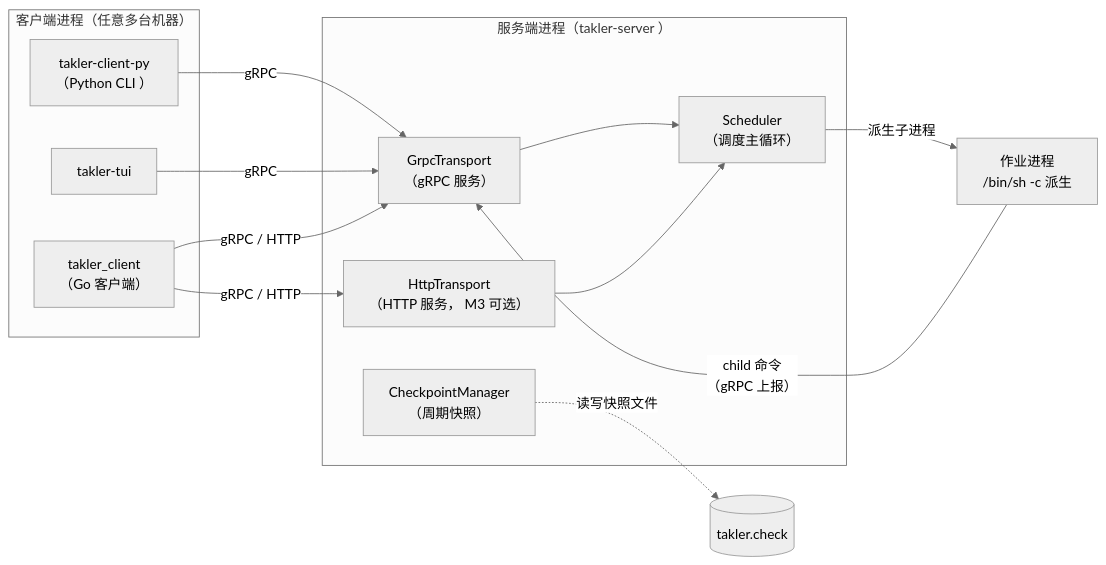
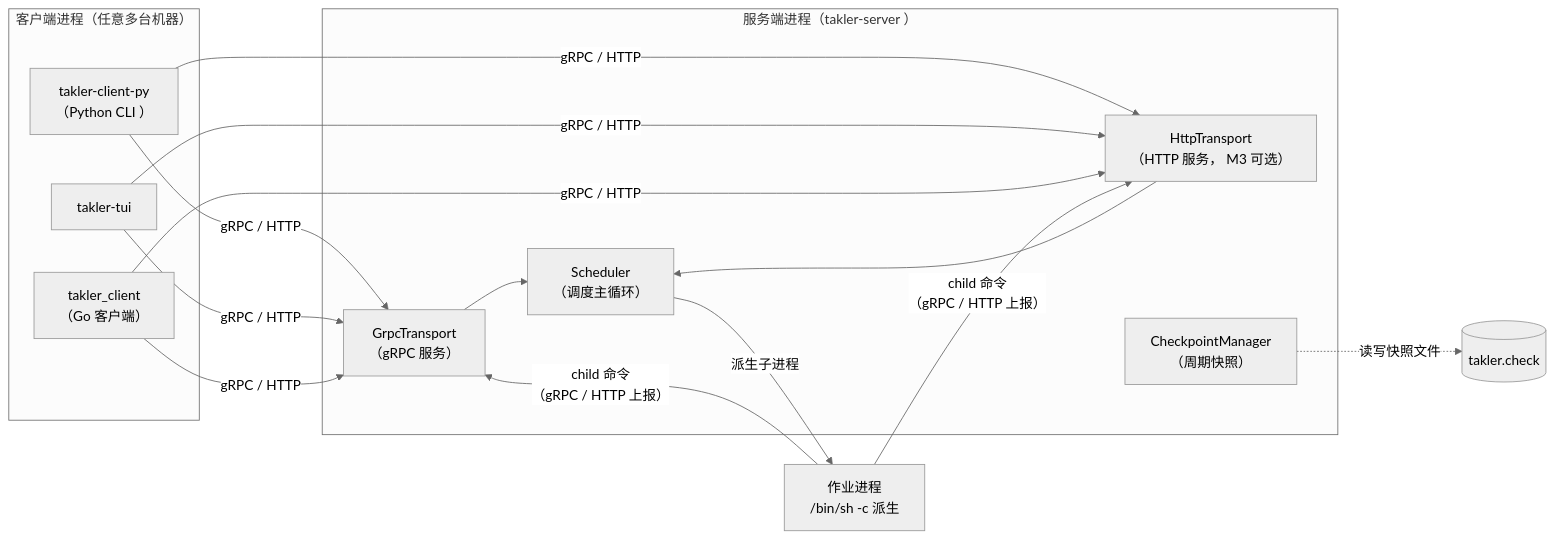
One commit to cemc-oper/takler changed the first of 4 diagrams in doc/source/develop/architecture.rst. Above: the diagram before and after it, drawn with Mermaid (neutral theme). The commit also changed other lines of this file and 24 other files, not shown here.

```diff
--- a/doc/source/develop/architecture.rst
+++ b/doc/source/develop/architecture.rst
@@ -13,25 +13,28 @@
 .. mermaid::
 
     flowchart LR
         subgraph clients["客户端进程（任意多台机器）"]
             CLI["takler-client-py<br/>（Python CLI ）"]
             TUI["takler-tui"]
             GO["takler_client<br/>（Go 客户端）"]
         end
         subgraph server["服务端进程（takler-server ）"]
             GRPC["GrpcTransport<br/>（gRPC 服务）"]
             HTTP["HttpTransport<br/>（HTTP 服务， M3 可选）"]
             SCHED["Scheduler<br/>（调度主循环）"]
             CKPT["CheckpointManager<br/>（周期快照）"]
         end
         JOB["作业进程<br/>/bin/sh -c 派生"]
 
-        CLI -- "gRPC" --> GRPC
-        TUI -- "gRPC" --> GRPC
+        CLI -- "gRPC / HTTP" --> GRPC
+        CLI -- "gRPC / HTTP" --> HTTP
+        TUI -- "gRPC / HTTP" --> GRPC
+        TUI -- "gRPC / HTTP" --> HTTP
         GO -- "gRPC / HTTP" --> GRPC
         GO -- "gRPC / HTTP" --> HTTP
         GRPC --> SCHED
         HTTP --> SCHED
         SCHED -- "派生子进程" --> JOB
-        JOB -- "child 命令<br/>（gRPC 上报）" --> GRPC
+        JOB -- "child 命令<br/>（gRPC / HTTP 上报）" --> GRPC
+        JOB -- "child 命令<br/>（gRPC / HTTP 上报）" --> HTTP
         CKPT -.->|"读写快照文件"| DISK[("takler.check")]
```
